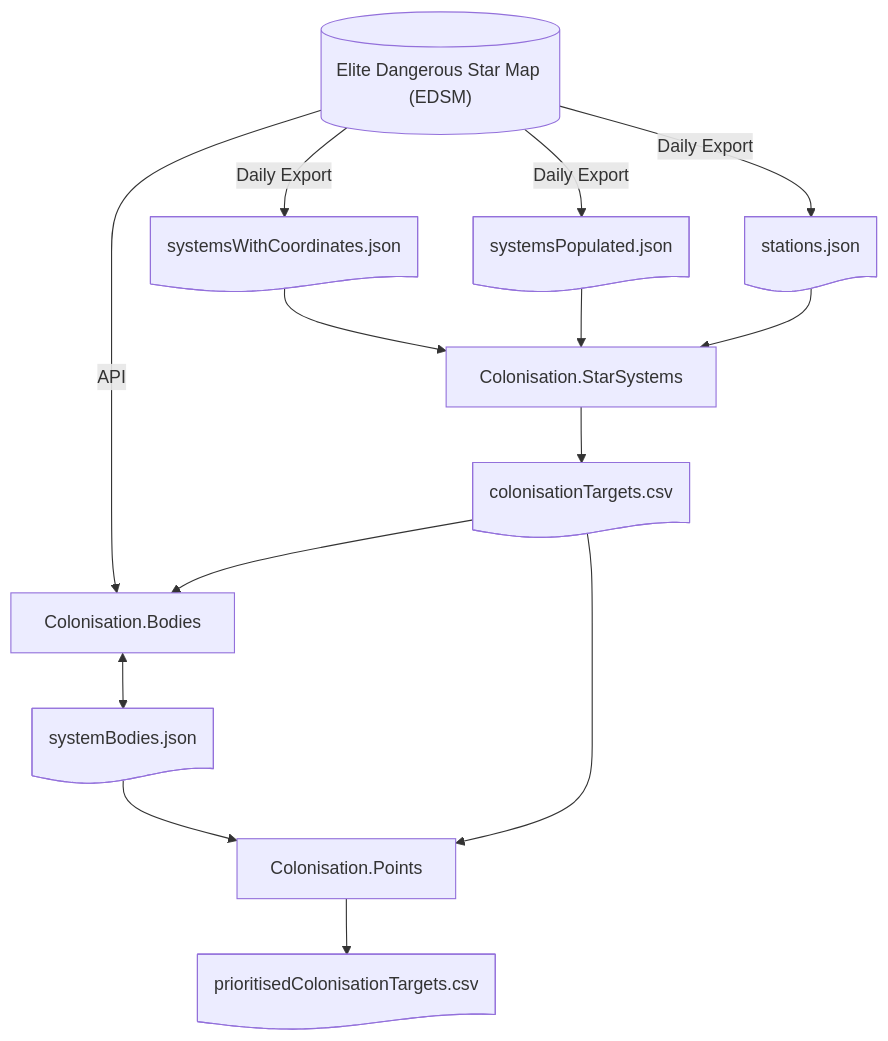
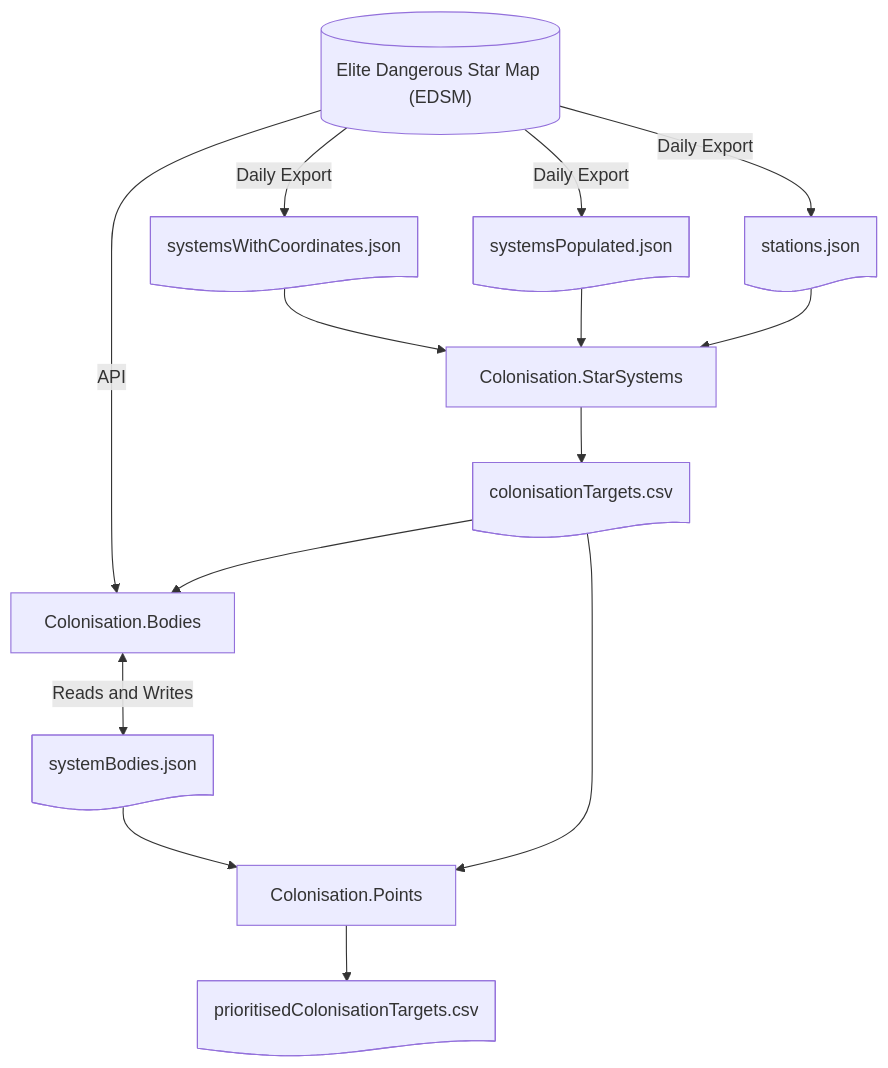
Before and after one commit to anthonylangsworth/Colonisation: the diagram in README.md, drawn with Mermaid.

Commit message:
Label systemBodies.json update

````diff
--- a/README.md
+++ b/README.md
@@ -16,16 +16,16 @@
 ```mermaid
 flowchart TB
   swc@{ shape: doc, label: "systemsWithCoordinates.json"} --> cs["Colonisation.StarSystems"]
   sp@{ shape: doc, label: "systemsPopulated.json"} --> cs
   st@{ shape: doc, label: "stations.json"} --> cs
   edsm@{ shape: cyl, label: "Elite Dangerous Star Map (EDSM)"} -->|API| cb["Colonisation.Bodies"] 
   edsm -->|Daily Export| swc
   edsm -->|Daily Export| sp
   edsm -->|Daily Export| st
   cs --> ct@{ shape: doc, label: "colonisationTargets.csv"}
-  cb <--> sb@{ shape: doc, label: "systemBodies.json"}
+  cb <-->|Reads and Writes| sb@{ shape: doc, label: "systemBodies.json"}
   ct --> cb
   ct --> cp["Colonisation.Points"]
   sb --> cp
   cp --> pct@{ shape: doc, label: "prioritisedColonisationTargets.csv"}
 ```
````
